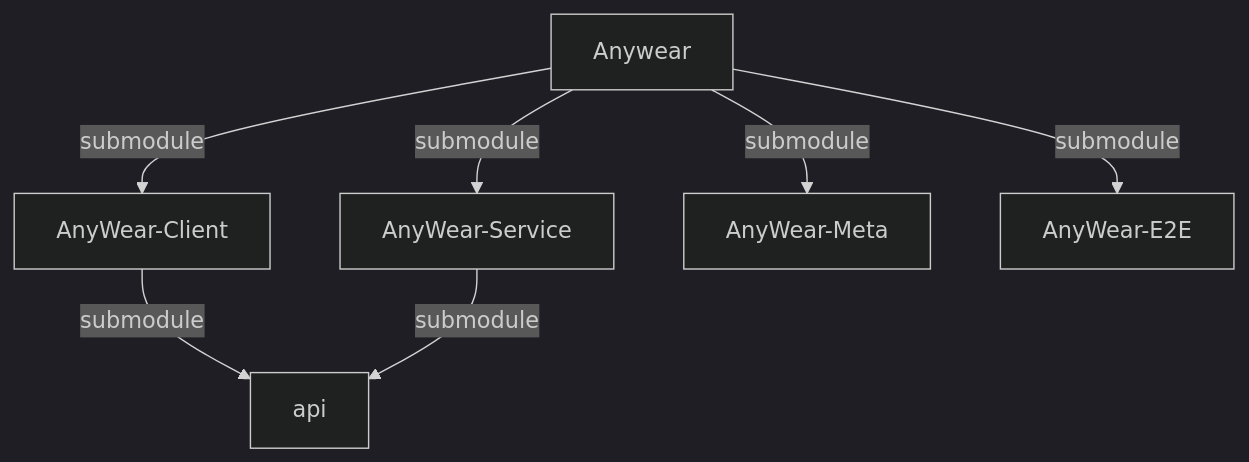
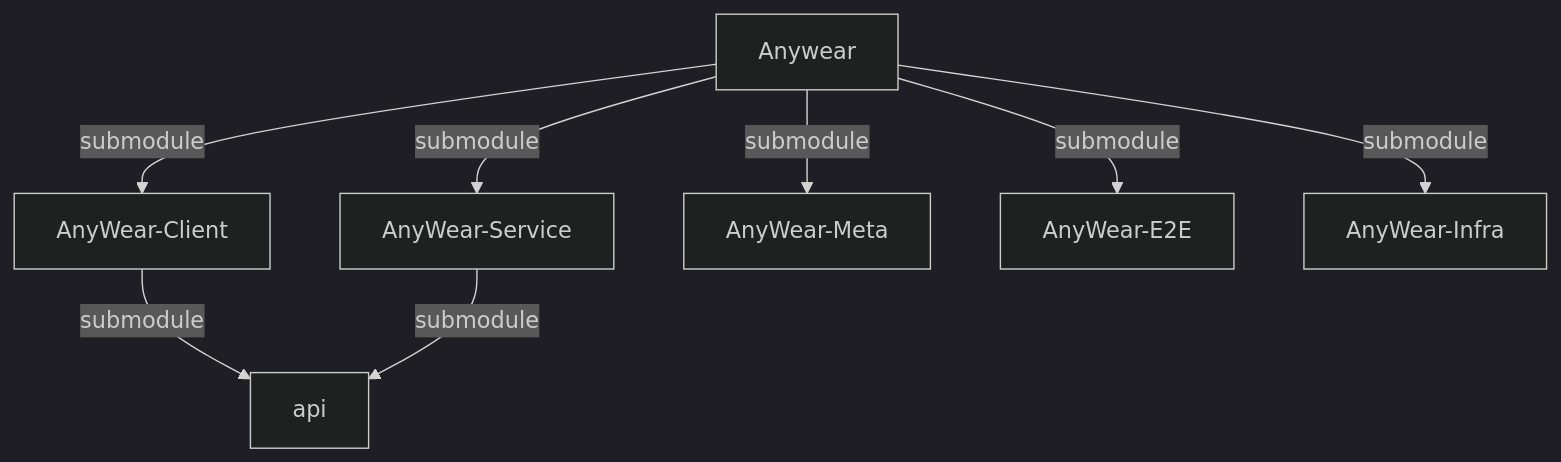
One commit to git-malu/AnyWear-E2E changed the first of 2 diagrams in AGENTS.md. Above: the diagram before and after it, drawn with Mermaid (dark theme). The commit also changed other lines of this file and 6 other files, not shown here.

````diff
--- a/AGENTS.md
+++ b/AGENTS.md
@@ -21,9 +31,10 @@
 ```mermaid
 graph TD
     Anywear --> |submodule| AnyWear-Client 
     Anywear --> |submodule| AnyWear-Service
     Anywear --> |submodule| AnyWear-Meta
     Anywear --> |submodule| AnyWear-E2E
+    Anywear --> |submodule| AnyWear-Infra
     AnyWear-Client --> |submodule| api
     AnyWear-Service --> |submodule| api
 ```
````
